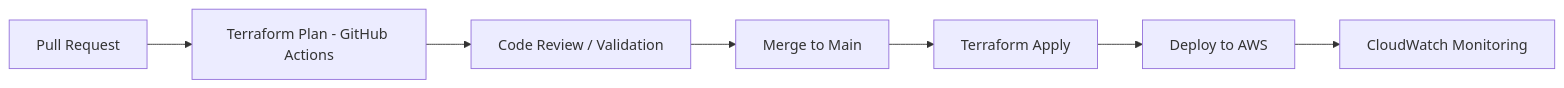
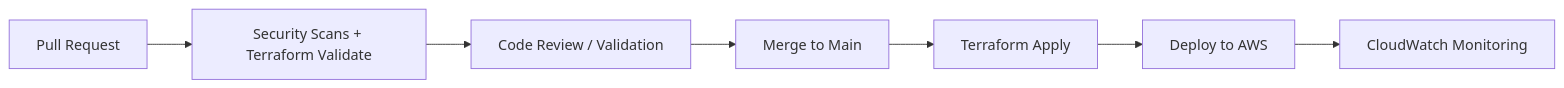
The second of 2 diagrams in README.md (Emanuelgm1998/aws-devsecops-infrastructure), drawn with Mermaid before and after one commit. The commit also changed other lines of this file and 7 other files, not shown here.

````diff
--- a/README.md
+++ b/README.md
@@ -145,11 +145,11 @@
 ```mermaid
 flowchart LR
 
-PR[Pull Request] --> PLAN[Terraform Plan - GitHub Actions]
-PLAN --> REVIEW[Code Review / Validation]
+PR[Pull Request] --> VALIDATE[Security Scans + Terraform Validate]
+VALIDATE --> REVIEW[Code Review / Validation]
 REVIEW --> MERGE[Merge to Main]
 MERGE --> APPLY[Terraform Apply]
 APPLY --> AWS[Deploy to AWS]
 
 AWS --> MON[CloudWatch Monitoring]
 ```
````
